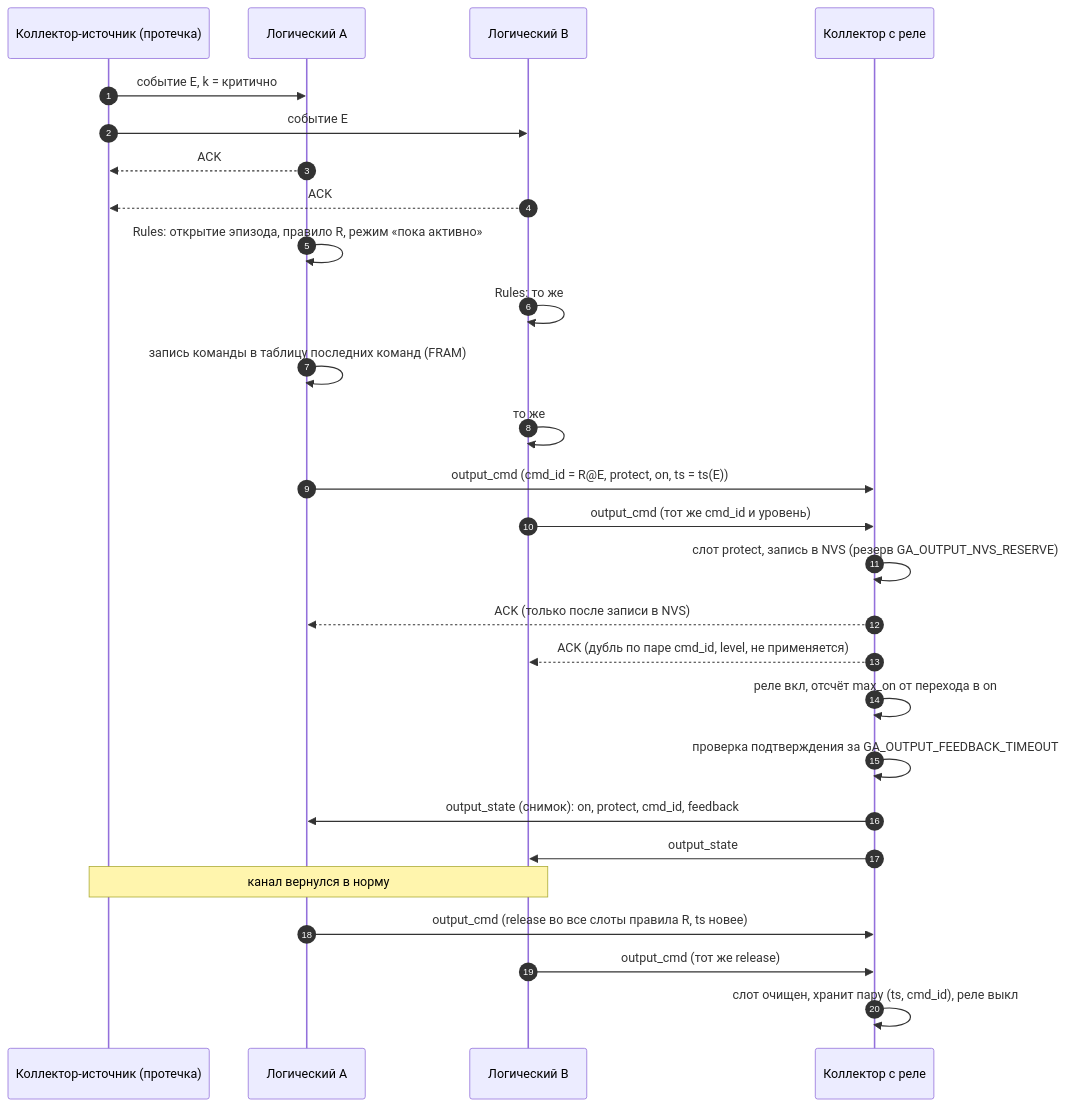
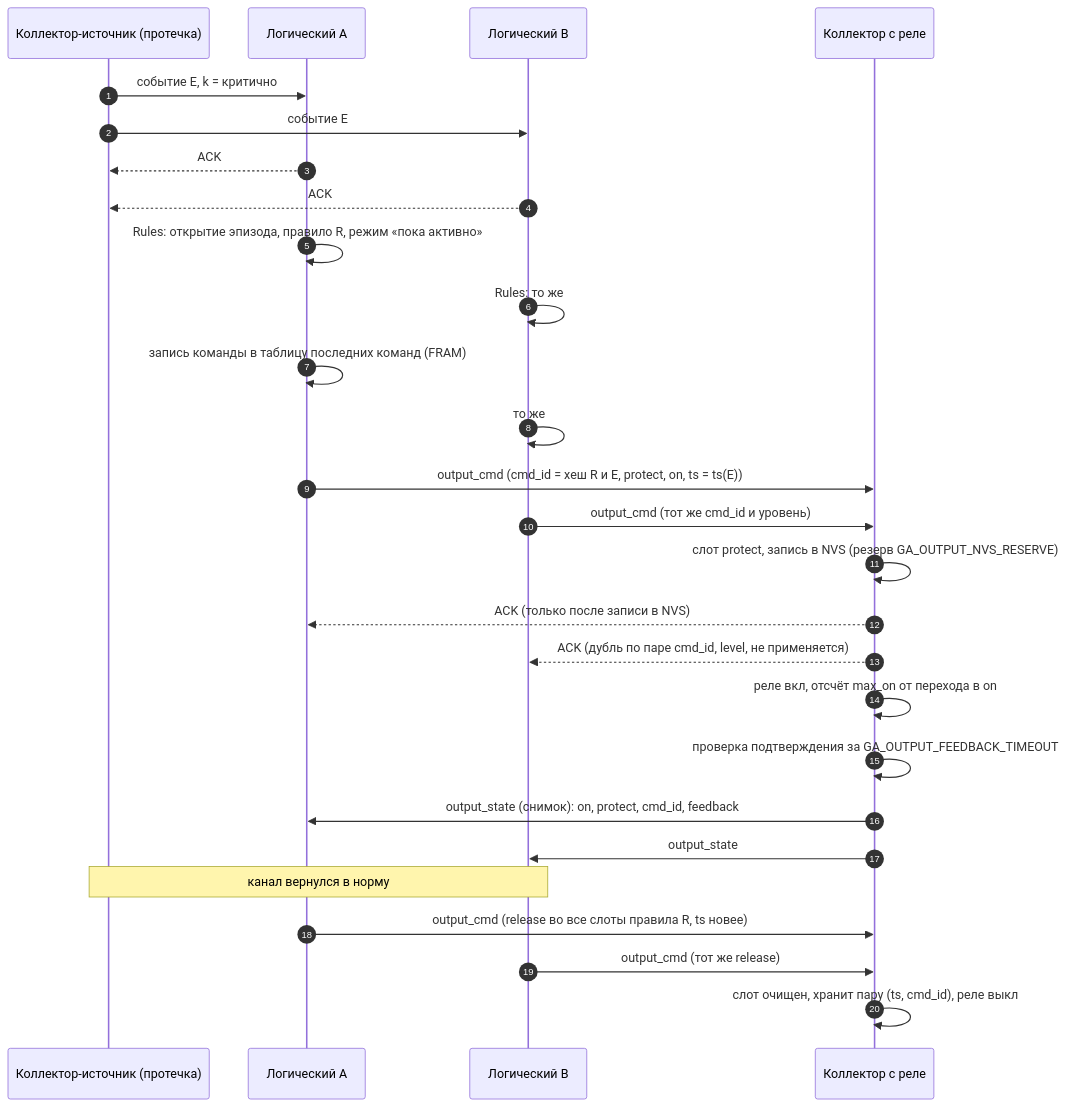
Before and after one commit to wol-micro/garageAlarms2.0: the fifth of 8 diagrams in _bmad-output/planning-artifacts/protocols-reference/garageAlarms2-протоколы.md, drawn with Mermaid. The commit also changed other lines of this file and 5 other files, not shown here.

````diff
--- a/_bmad-output/planning-artifacts/protocols-reference/garageAlarms2-протоколы.md
+++ b/_bmad-output/planning-artifacts/protocols-reference/garageAlarms2-протоколы.md
@@ -1029,29 +1033,29 @@
 ```mermaid
 sequenceDiagram
   autonumber
   participant SC as Коллектор-источник (протечка)
   participant A as Логический A
   participant B as Логический B
   participant OC as Коллектор с реле
   SC->>A: событие E, k = критично
   SC->>B: событие E
   A-->>SC: ACK
   B-->>SC: ACK
   A->>A: Rules: открытие эпизода, правило R, режим «пока активно»
   B->>B: Rules: то же
   A->>A: запись команды в таблицу последних команд (FRAM)
   B->>B: то же
-  A->>OC: output_cmd (cmd_id = R@E, protect, on, ts = ts(E))
+  A->>OC: output_cmd (cmd_id = хеш R и E, protect, on, ts = ts(E))
   B->>OC: output_cmd (тот же cmd_id и уровень)
   OC->>OC: слот protect, запись в NVS (резерв GA_OUTPUT_NVS_RESERVE)
   OC-->>A: ACK (только после записи в NVS)
   OC-->>B: ACK (дубль по паре cmd_id, level, не применяется)
   OC->>OC: реле вкл, отсчёт max_on от перехода в on
   OC->>OC: проверка подтверждения за GA_OUTPUT_FEEDBACK_TIMEOUT
   OC->>A: output_state (снимок): on, protect, cmd_id, feedback
   OC->>B: output_state
   Note over SC,B: канал вернулся в норму
   A->>OC: output_cmd (release во все слоты правила R, ts новее)
   B->>OC: output_cmd (тот же release)
   OC->>OC: слот очищен, хранит пару (ts, cmd_id), реле выкл
 ```
````
